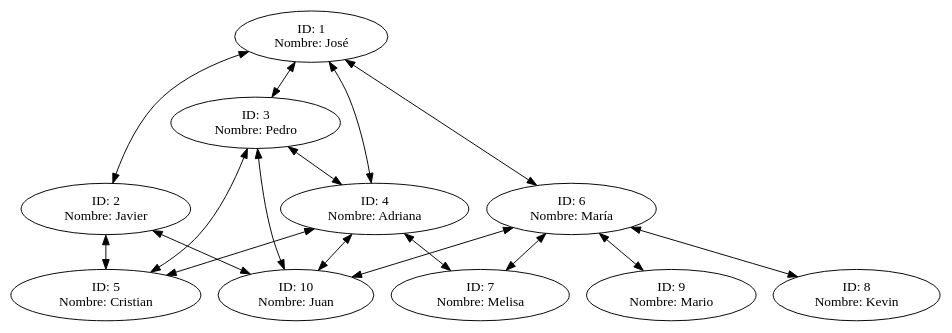
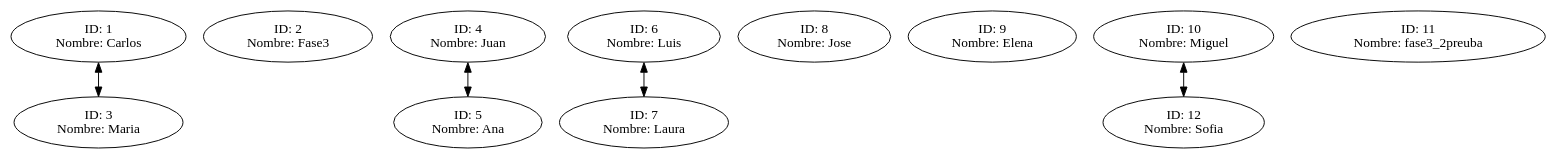
One commit to Ggi0/-EDD-Proyecto_202100229 changed the diagram in fase3/usuarios/reportes/grafo.dot. Above: the diagram before and after it, drawn with Graphviz. The commit also changed 22 other files, not shown here.

```diff
--- a/fase3/usuarios/reportes/grafo.dot
+++ b/fase3/usuarios/reportes/grafo.dot
@@ -1,28 +1,18 @@
 digraph G {
-Nodo1 [label = "ID: 1\nNombre: José"];
-Nodo1->Nodo2[dir = both];
+Nodo1 [label = "ID: 1\nNombre: Carlos"];
 Nodo1->Nodo3[dir = both];
-Nodo1->Nodo4[dir = both];
-Nodo1->Nodo6[dir = both];
-Nodo2 [label = "ID: 2\nNombre: Javier"];
-Nodo2->Nodo5[dir = both];
-Nodo2->Nodo10[dir = both];
-Nodo3 [label = "ID: 3\nNombre: Pedro"];
-Nodo3->Nodo5[dir = both];
-Nodo3->Nodo4[dir = both];
-Nodo3->Nodo10[dir = both];
-Nodo4 [label = "ID: 4\nNombre: Adriana"];
+Nodo2 [label = "ID: 2\nNombre: Fase3"];
+Nodo3 [label = "ID: 3\nNombre: Maria"];
+Nodo4 [label = "ID: 4\nNombre: Juan"];
 Nodo4->Nodo5[dir = both];
-Nodo4->Nodo7[dir = both];
-Nodo4->Nodo10[dir = both];
-Nodo5 [label = "ID: 5\nNombre: Cristian"];
-Nodo6 [label = "ID: 6\nNombre: María"];
-Nodo6->Nodo8[dir = both];
-Nodo6->Nodo9[dir = both];
+Nodo5 [label = "ID: 5\nNombre: Ana"];
+Nodo6 [label = "ID: 6\nNombre: Luis"];
 Nodo6->Nodo7[dir = both];
-Nodo6->Nodo10[dir = both];
-Nodo7 [label = "ID: 7\nNombre: Melisa"];
-Nodo8 [label = "ID: 8\nNombre: Kevin"];
-Nodo9 [label = "ID: 9\nNombre: Mario"];
-Nodo10 [label = "ID: 10\nNombre: Juan"];
+Nodo7 [label = "ID: 7\nNombre: Laura"];
+Nodo8 [label = "ID: 8\nNombre: Jose"];
+Nodo9 [label = "ID: 9\nNombre: Elena"];
+Nodo10 [label = "ID: 10\nNombre: Miguel"];
+Nodo10->Nodo12[dir = both];
+Nodo11 [label = "ID: 11\nNombre: fase3_2preuba"];
+Nodo12 [label = "ID: 12\nNombre: Sofia"];
 }
```
